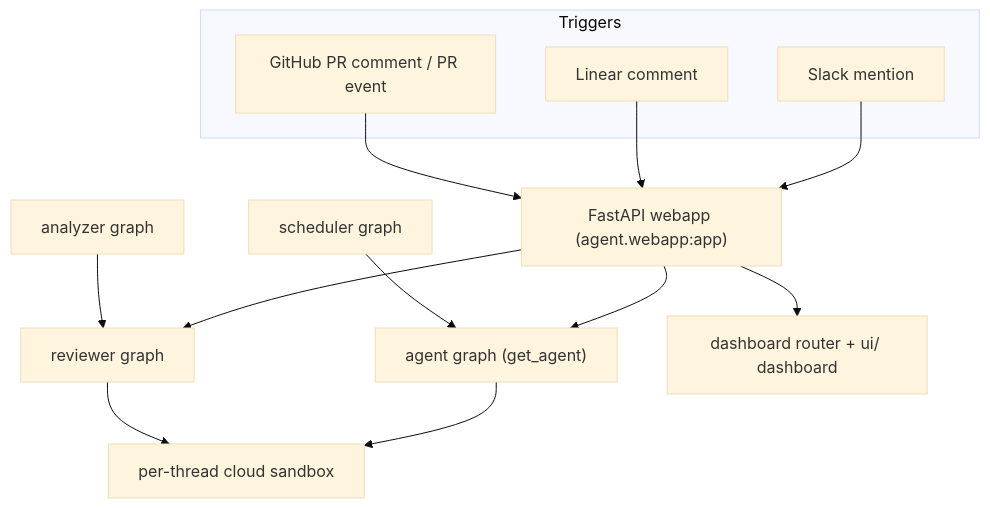
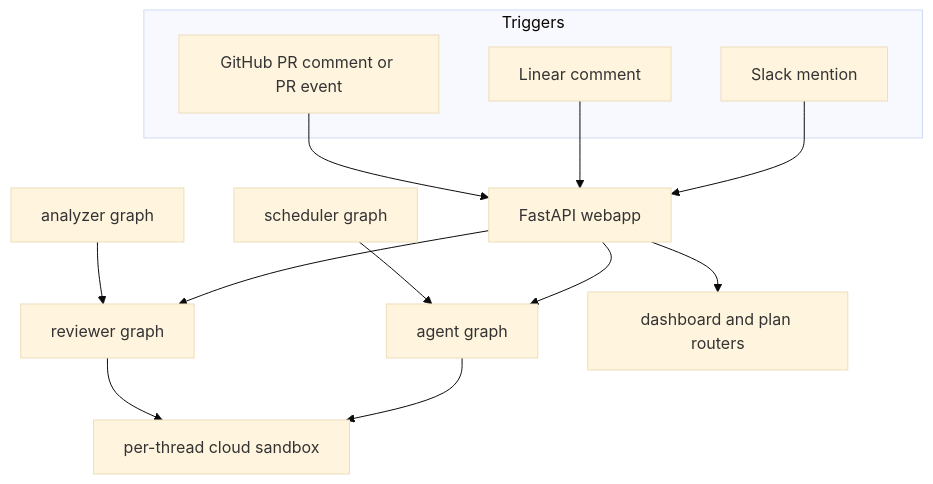
One commit to langchain-ai/open-swe changed the diagram in openwiki/quickstart.md. Above: the diagram before and after it, drawn with Mermaid (base theme). The commit also changed other lines of this file and 9 other files, not shown here.

````diff
--- a/openwiki/quickstart.md
+++ b/openwiki/quickstart.md
@@ -71,18 +103,18 @@
 ```mermaid
 flowchart TD
   subgraph Triggers
     SL["Slack mention"]
     LI["Linear comment"]
-    GH["GitHub PR comment / PR event"]
+    GH["GitHub PR comment or PR event"]
   end
-  SL --> WA["FastAPI webapp (agent.webapp:app)"]
+  SL --> WA["FastAPI webapp"]
   LI --> WA
   GH --> WA
-  WA --> AG["agent graph (get_agent)"]
+  WA --> AG["agent graph"]
   WA --> RV["reviewer graph"]
-  WA --> DASH["dashboard router + ui/ dashboard"]
+  WA --> DASH["dashboard and plan routers"]
   SCH["scheduler graph"] --> AG
   AN["analyzer graph"] --> RV
   AG --> SB["per-thread cloud sandbox"]
   RV --> SB
 ```
````
